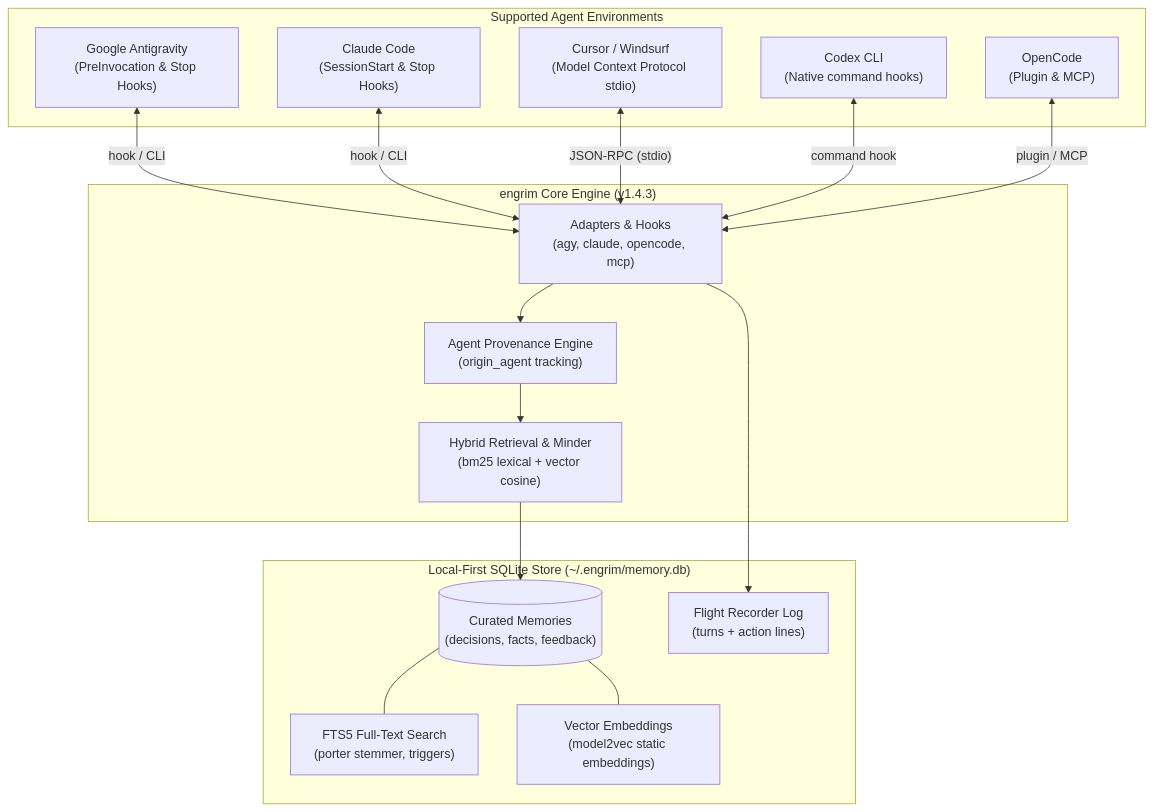
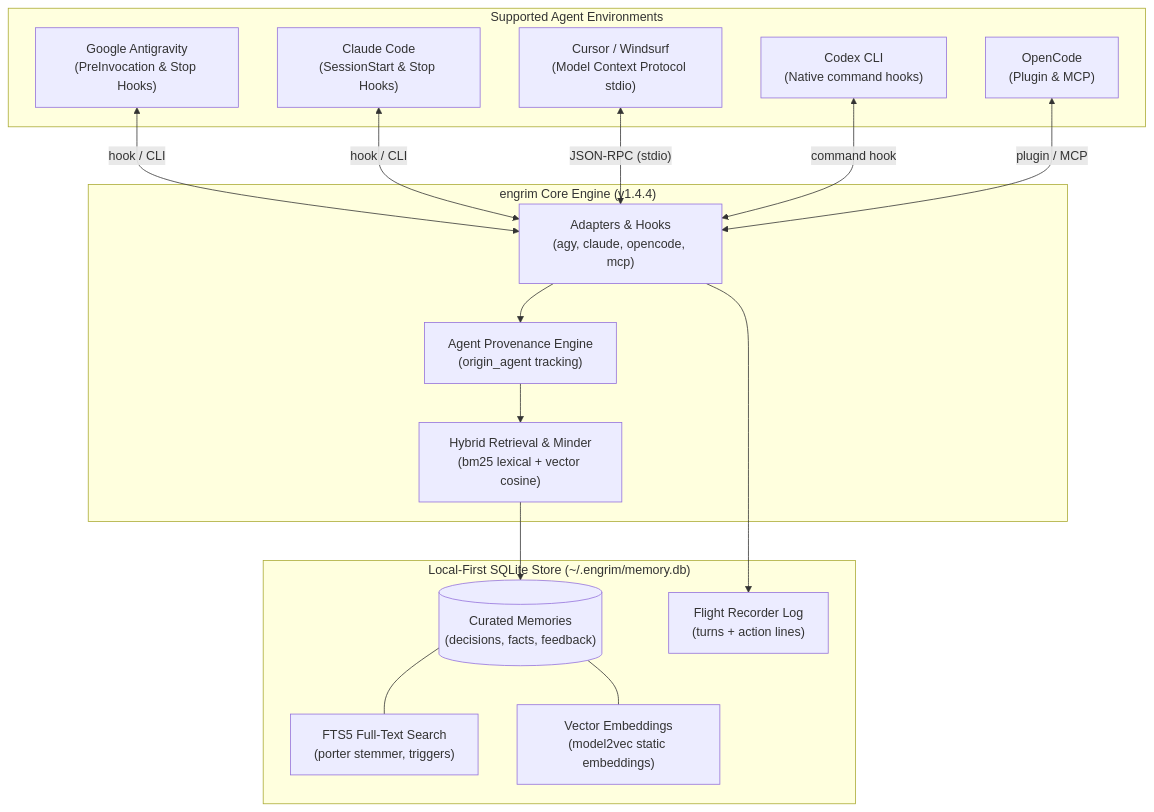
Before and after one commit to HinchK/engrim: the diagram in README.md, drawn with Mermaid. The commit also changed 6 other files, not shown here.

````diff
--- a/README.md
+++ b/README.md
@@ -42,35 +42,35 @@
 ```mermaid
 graph TD
     subgraph Agents ["Supported Agent Environments"]
         AGY["Google Antigravity<br/>(PreInvocation & Stop Hooks)"]
         CLAUDE["Claude Code<br/>(SessionStart & Stop Hooks)"]
         CURSOR["Cursor / Windsurf<br/>(Model Context Protocol stdio)"]
         CODEX["Codex CLI<br/>(Native command hooks)"]
         OPENCODE["OpenCode<br/>(Plugin & MCP)"]
     end
 
-    subgraph CoreEngine ["engrim Core Engine (v1.4.3)"]
+    subgraph CoreEngine ["engrim Core Engine (v1.4.4)"]
         ADAPTERS["Adapters & Hooks<br/>(agy, claude, opencode, mcp)"]
         PROVENANCE["Agent Provenance Engine<br/>(origin_agent tracking)"]
         ROUTER["Hybrid Retrieval & Minder<br/>(bm25 lexical + vector cosine)"]
     end
 
     subgraph Storage ["Local-First SQLite Store (~/.engrim/memory.db)"]
         MEMORIES[("Curated Memories<br/>(decisions, facts, feedback)")]
         FTS5["FTS5 Full-Text Search<br/>(porter stemmer, triggers)"]
         VEC["Vector Embeddings<br/>(model2vec static embeddings)"]
         LOG["Flight Recorder Log<br/>(turns + action lines)"]
     end
 
     AGY <-->|"hook / CLI"| ADAPTERS
     CLAUDE <-->|"hook / CLI"| ADAPTERS
     CURSOR <-->|"JSON-RPC (stdio)"| ADAPTERS
     CODEX <-->|"command hook"| ADAPTERS
     OPENCODE <-->|"plugin / MCP"| ADAPTERS
     ADAPTERS --> PROVENANCE
     PROVENANCE --> ROUTER
     ROUTER --> MEMORIES
     MEMORIES --- FTS5
     MEMORIES --- VEC
     ADAPTERS --> LOG
 ```
````
